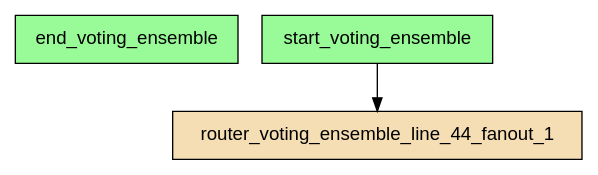
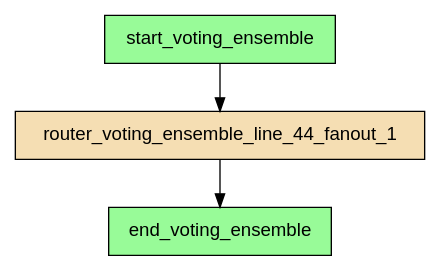
The diagram in examples/flows/agentic/compiled/voting_ensemble/flow.dot (deliveryhero/asya), drawn with Graphviz before and after one commit. The commit also changed 224 other files, not shown here.

```diff
--- a/examples/flows/agentic/compiled/voting_ensemble/flow.dot
+++ b/examples/flows/agentic/compiled/voting_ensemble/flow.dot
@@ -1,10 +1,11 @@
 digraph "voting_ensemble" {
     rankdir=TB;
     node [shape=box, style=filled, fontname="Helvetica"];
 
     end_voting_ensemble [label="end_voting_ensemble", fillcolor=palegreen];
     router_voting_ensemble_line_44_fanout_1 [label="router_voting_ensemble_line_44_fanout_1", fillcolor=wheat];
     start_voting_ensemble [label="start_voting_ensemble", fillcolor=palegreen];
 
     start_voting_ensemble -> router_voting_ensemble_line_44_fanout_1;
+    router_voting_ensemble_line_44_fanout_1 -> end_voting_ensemble;
 }
```
